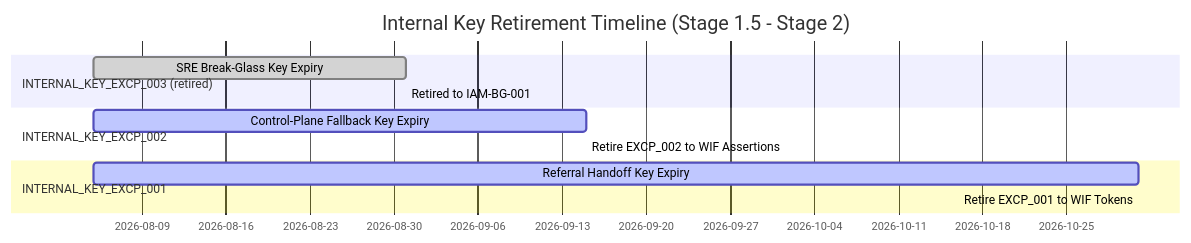
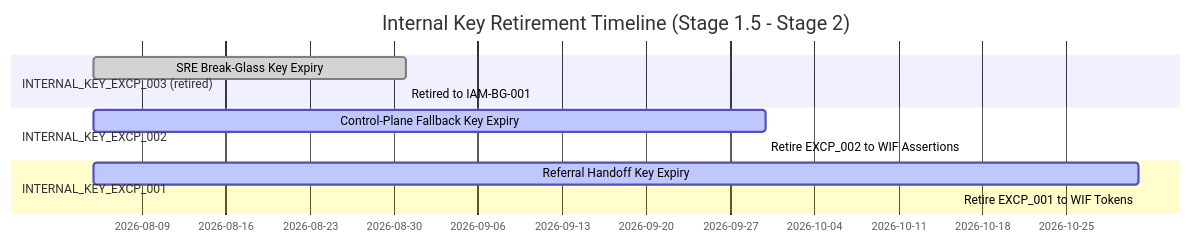
Before and after one commit to ajoe734/drts-fleet-platform: the second of 2 diagrams in docs/02-architecture/internal-key-exceptions.md, drawn with Mermaid. The commit also changed other lines of this file and 3 other files, not shown here.

````diff
--- a/docs/02-architecture/internal-key-exceptions.md
+++ b/docs/02-architecture/internal-key-exceptions.md
@@ -105,14 +105,14 @@
 ```mermaid
 gantt
     title Internal Key Retirement Timeline (Stage 1.5 - Stage 2)
     dateFormat  YYYY-MM-DD
     section INTERNAL_KEY_EXCP_003 (retired)
     SRE Break-Glass Key Expiry         :done, excp3, 2026-08-05, 2026-08-31
     Retired to IAM-BG-001              :done, 2026-08-31, 2026-08-31
     section INTERNAL_KEY_EXCP_002
-    Control-Plane Fallback Key Expiry  :active, excp2, 2026-08-05, 2026-09-15
-    Retire EXCP_002 to WIF Assertions  :crit, 2026-09-15, 2026-09-15
+    Control-Plane Fallback Key Expiry  :active, excp2, 2026-08-05, 2026-09-30
+    Retire EXCP_002 to WIF Assertions  :crit, 2026-09-30, 2026-09-30
     section INTERNAL_KEY_EXCP_001
     Referral Handoff Key Expiry        :active, excp1, 2026-08-05, 2026-10-31
     Retire EXCP_001 to WIF Tokens      :crit, 2026-10-31, 2026-10-31
 ```
````
